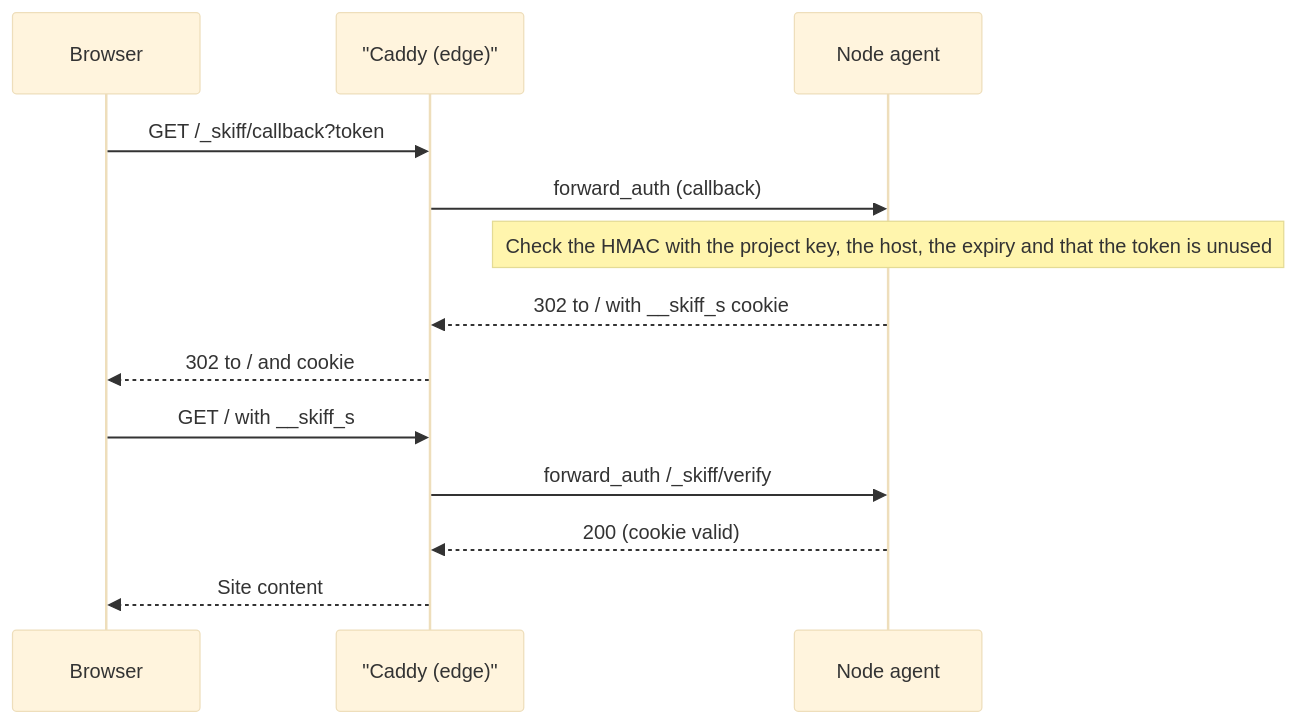
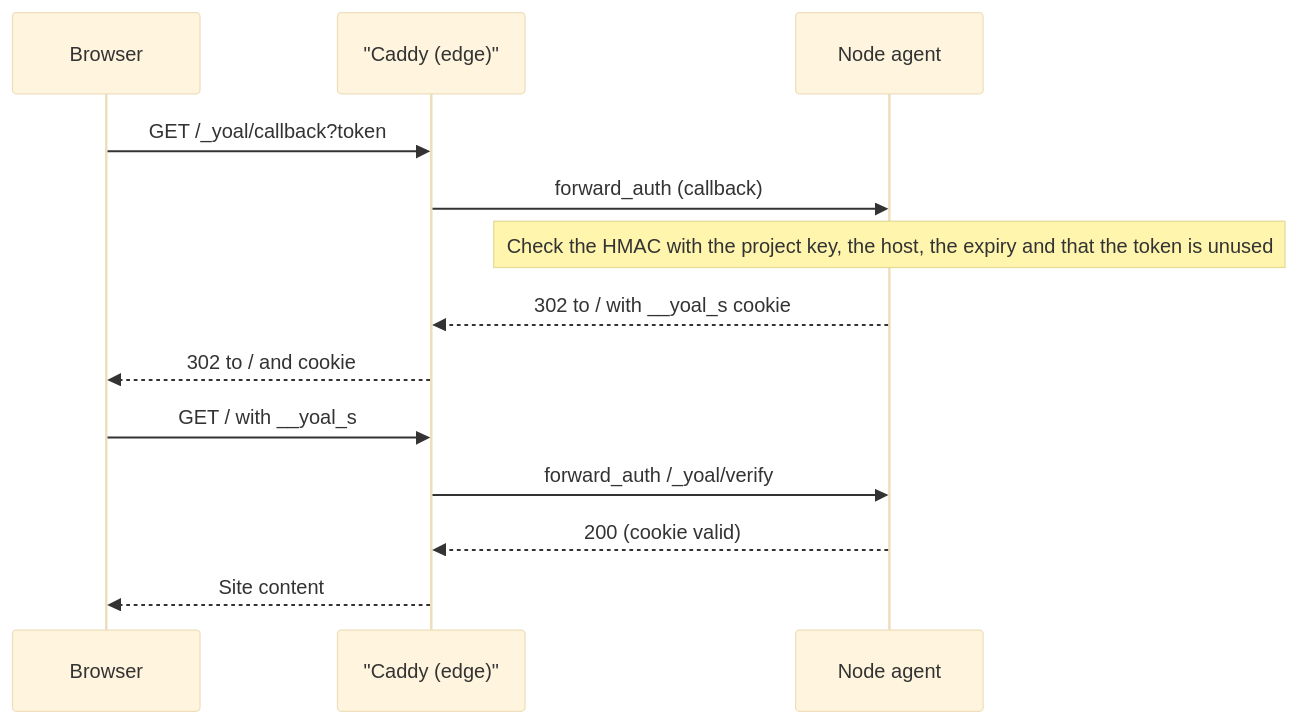
The second of 2 diagrams in packages/docs/content/deploying/access-and-sharing.md (KieranHolroyd/skiff), drawn with Mermaid (base theme) before and after one commit. The commit also changed other lines of this file and 1869 other files, not shown here.

````diff
--- a/packages/docs/content/deploying/access-and-sharing.md
+++ b/packages/docs/content/deploying/access-and-sharing.md
@@ -70,15 +70,15 @@
 ```mermaid
 sequenceDiagram
   participant B as Browser
   participant C as "Caddy (edge)"
   participant A as Node agent
-  B->>C: GET /_skiff/callback?token
+  B->>C: GET /_yoal/callback?token
   C->>A: forward_auth (callback)
   Note over A: Check the HMAC with the project key, the host, the expiry and that the token is unused
-  A-->>C: 302 to / with __skiff_s cookie
+  A-->>C: 302 to / with __yoal_s cookie
   C-->>B: 302 to / and cookie
-  B->>C: GET / with __skiff_s
-  C->>A: forward_auth /_skiff/verify
+  B->>C: GET / with __yoal_s
+  C->>A: forward_auth /_yoal/verify
   A-->>C: 200 (cookie valid)
   C-->>B: Site content
 ```
````
